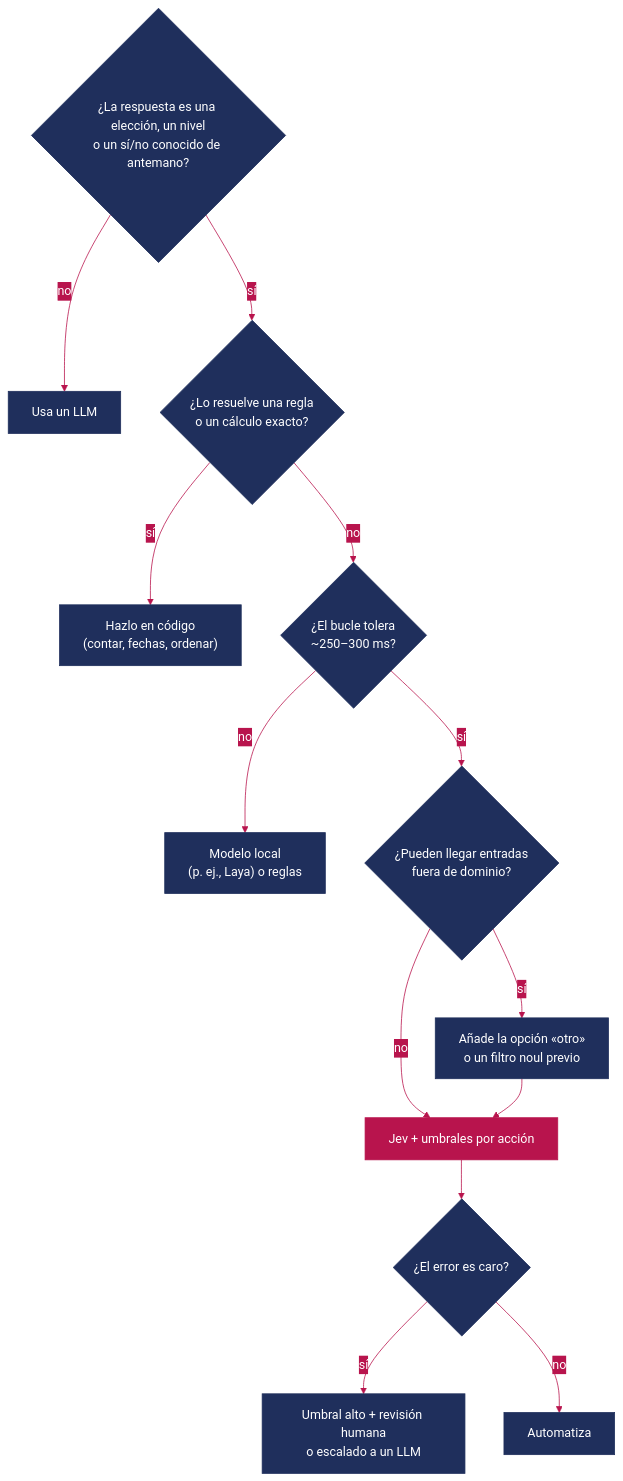
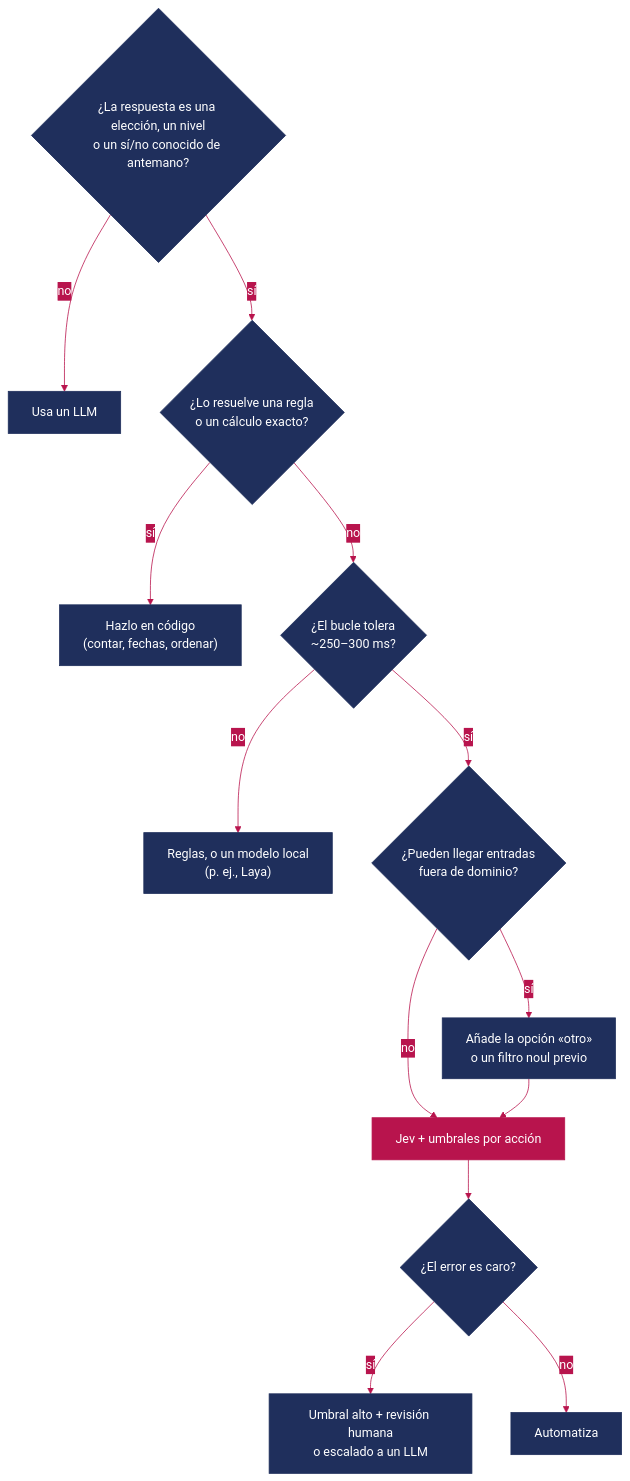
The fifth of 5 diagrams in README.md (VirtualCave/jev-article), drawn with Mermaid before and after one commit. The commit also changed other lines of this file and 72 other files, not shown here.

````diff
--- a/README.md
+++ b/README.md
@@ -707,18 +770,18 @@
 ```mermaid
 %%{init: {"theme": "base", "themeVariables": {"primaryColor": "#1F2F5C", "primaryTextColor": "#FFFFFF", "primaryBorderColor": "#1F2F5C", "lineColor": "#B8144D", "secondaryColor": "#B8144D", "tertiaryColor": "#EEF1F8", "clusterBkg": "#EEF1F8", "clusterBorder": "#1F2F5C", "edgeLabelBackground": "#B8144D"}}}%%
 flowchart TD
     A{"¿La respuesta es una elección, un nivel<br/>o un sí/no conocido de antemano?"} -- no --> LLM["Usa un LLM"]
     A -- sí --> B{"¿Lo resuelve una regla<br/>o un cálculo exacto?"}
     B -- sí --> CODE["Hazlo en código<br/>(contar, fechas, ordenar)"]
     B -- no --> C{"¿El bucle tolera<br/>~250–300 ms?"}
-    C -- no --> LOCAL["Modelo local<br/>(p. ej., Laya) o reglas"]
+    C -- no --> LOCAL["Reglas, o un modelo local<br/>(p. ej., Laya)"]
     C -- sí --> D{"¿Pueden llegar entradas<br/>fuera de dominio?"}
     D -- sí --> ESC["Añade la opción «otro»<br/>o un filtro noul previo"]
     D -- no --> E["Jev + umbrales por acción"]
     ESC --> E
     E --> F{"¿El error es caro?"}
     F -- sí --> H["Umbral alto + revisión humana<br/>o escalado a un LLM"]
     F -- no --> AUTO["Automatiza"]
     classDef jev fill:#B8144D,stroke:#B8144D,color:#FFFFFF
     class E jev
 ```
````
